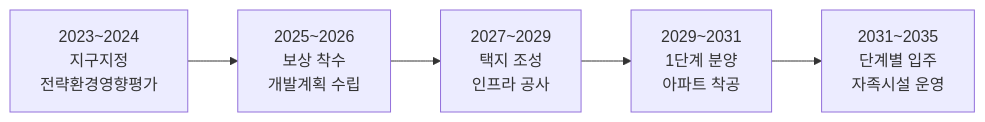
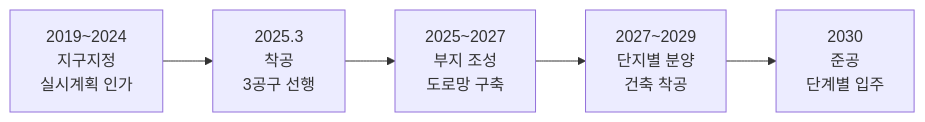
Before and after one commit to OkyoKwon/studyNresearch: the first of 2 diagrams in docs/domains/yongin-platform-city/trends.md, drawn with Mermaid. The commit also changed other lines of this file and 5 other files, not shown here.

````diff
--- a/docs/domains/yongin-platform-city/trends.md
+++ b/docs/domains/yongin-platform-city/trends.md
@@ -15,7 +15,7 @@
 ```mermaid
 graph LR
-    A[2023~2024<br/>지구지정<br/>전략환경영향평가] --> B[2025~2026<br/>보상 착수<br/>개발계획 수립]
-    B --> C[2027~2029<br/>택지 조성<br/>인프라 공사]
-    C --> D[2029~2031<br/>1단계 분양<br/>아파트 착공]
-    D --> E[2031~2035<br/>단계별 입주<br/>자족시설 운영]
+    A["2019~2024<br/>지구지정<br/>실시계획 인가"] --> B["2025.3<br/>착공<br/>3공구 선행"]
+    B --> C["2025~2027<br/>부지 조성<br/>도로망 구축"]
+    C --> D["2027~2029<br/>단지별 분양<br/>건축 착공"]
+    D --> E["2030<br/>준공<br/>단계별 입주"]
 ```
````
